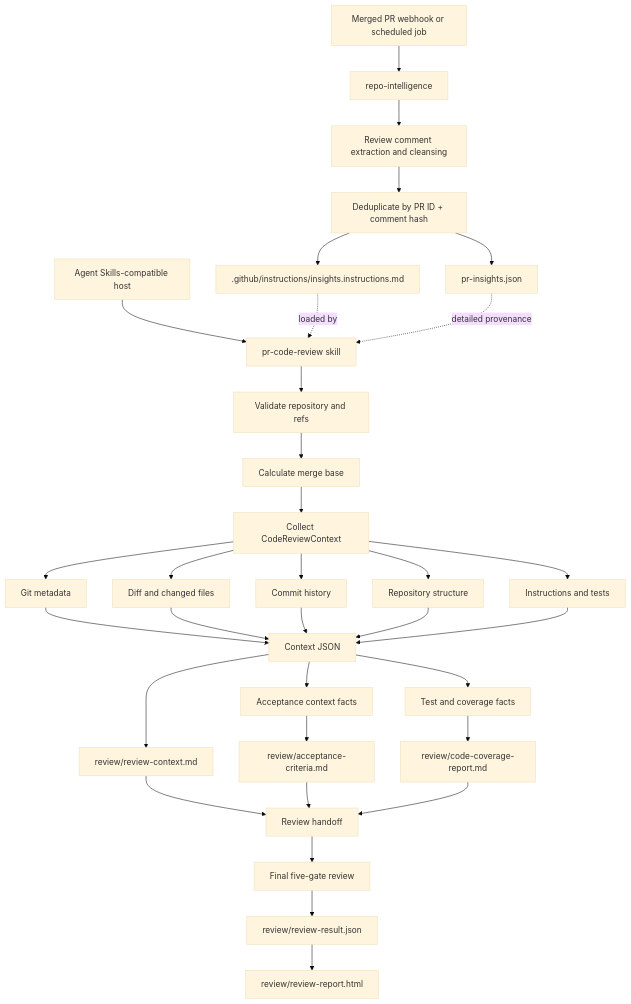
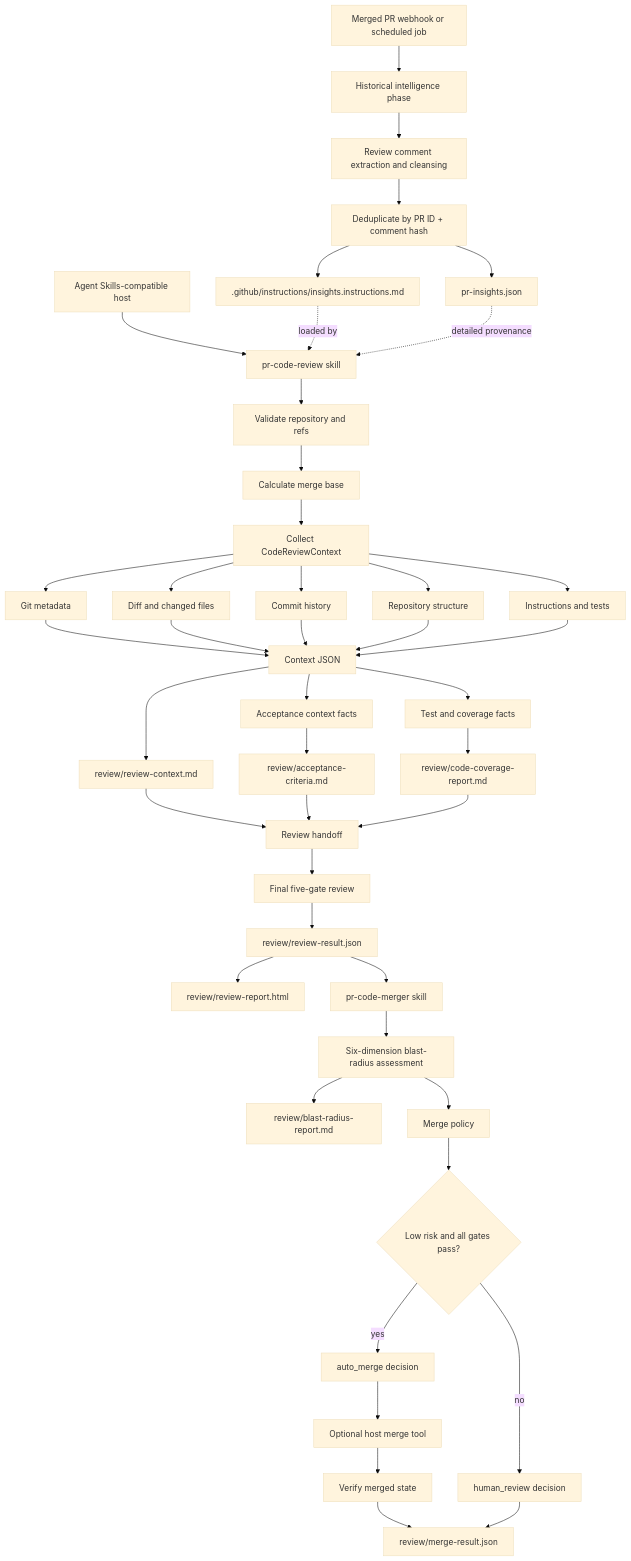
Before and after one commit to ArjunVijayan/code-review-agent-experiment: the diagram in pr-quality-assistant/FLOW.md, drawn with Mermaid (base theme). The commit also changed 6 other files, not shown here.

Commit message:
Add portable PR code merger skill

````diff
--- a/pr-quality-assistant/FLOW.md
+++ b/pr-quality-assistant/FLOW.md
@@ -3,37 +3,49 @@
 ```mermaid
 flowchart TD
     H[Agent Skills-compatible host] --> CR[pr-code-review skill]
     CR --> V[Validate repository and refs]
     V --> MB[Calculate merge base]
     MB --> C[Collect CodeReviewContext]
     C --> GM[Git metadata]
     C --> DF[Diff and changed files]
     C --> CH[Commit history]
     C --> RS[Repository structure]
     C --> IT[Instructions and tests]
     GM --> CT[Context JSON]
     DF --> CT
     CH --> CT
     RS --> CT
     IT --> CT
     CT --> MD[review/review-context.md]
     CT --> AC[Acceptance context facts]
     AC --> ACM[review/acceptance-criteria.md]
     CT --> TC[Test and coverage facts]
     TC --> TCM[review/code-coverage-report.md]
     MD --> RH[Review handoff]
     ACM --> RH
     TCM --> RH
     RH --> FR[Final five-gate review]
     FR --> RR[review/review-result.json]
     RR --> HTML[review/review-report.html]
 
-    W[Merged PR webhook or scheduled job] --> RI[repo-intelligence]
+    RR --> MR[pr-code-merger skill]
+    MR --> BR[Six-dimension blast-radius assessment]
+    BR --> BRM[review/blast-radius-report.md]
+    BR --> MP[Merge policy]
+    MP --> DEC{Low risk and all gates pass?}
+    DEC -->|yes| AM[auto_merge decision]
+    DEC -->|no| HR[human_review decision]
+    AM --> MERGE[Optional host merge tool]
+    MERGE --> VERIFY[Verify merged state]
+    VERIFY --> MJSON[review/merge-result.json]
+    HR --> MJSON
+
+    W[Merged PR webhook or scheduled job] --> RI[Historical intelligence phase]
     RI --> IG[Review comment extraction and cleansing]
     IG --> D[Deduplicate by PR ID + comment hash]
     D --> J[pr-insights.json]
     D --> I[.github/instructions/insights.instructions.md]
     I -. loaded by .-> CR
     J -. detailed provenance .-> CR
 
 ```
````
